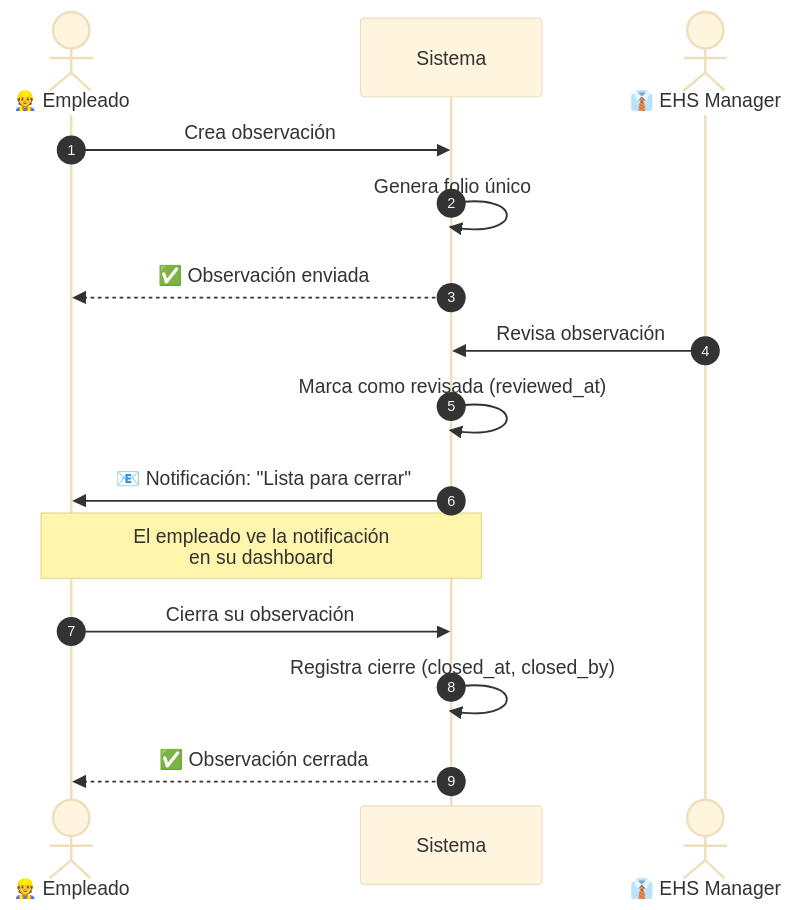
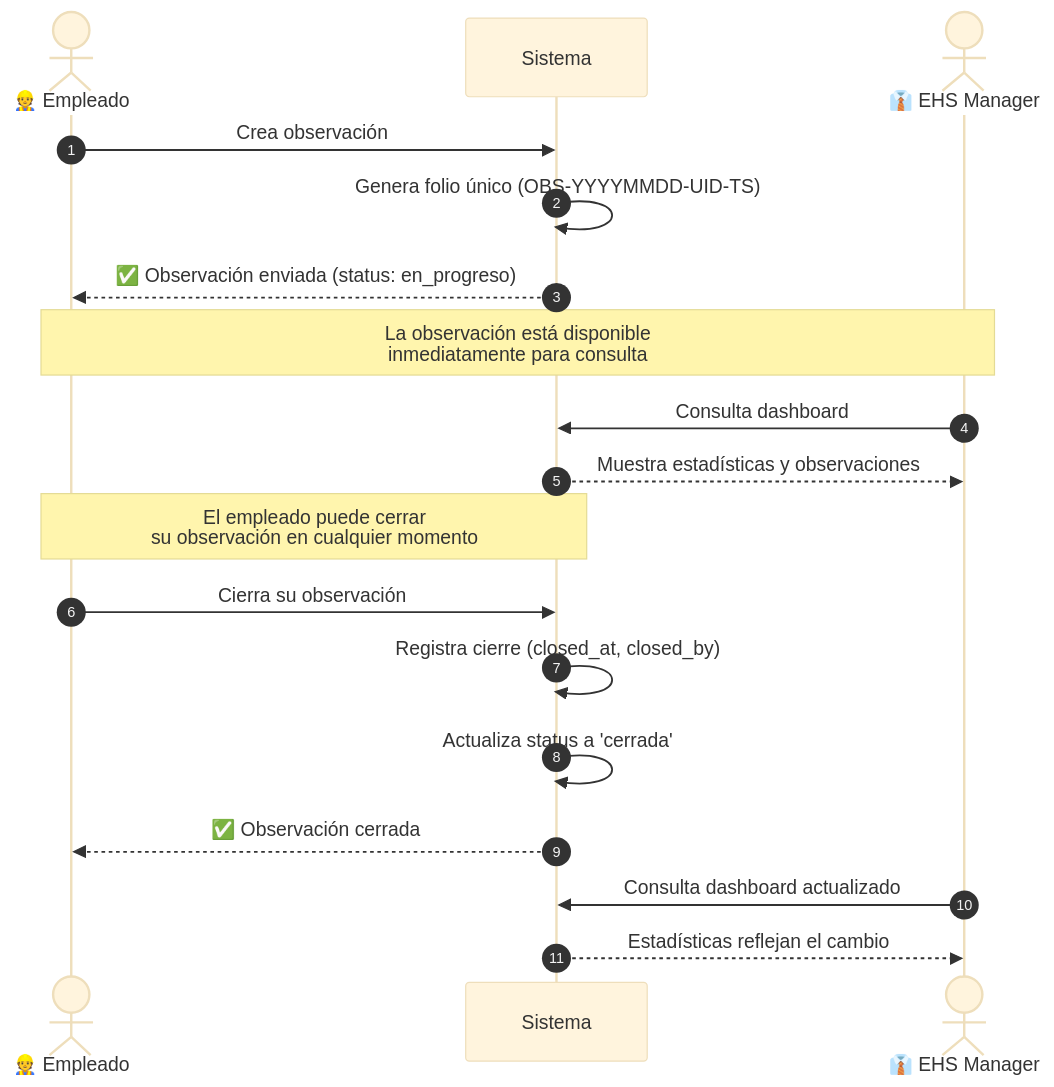
The third of 9 diagrams in README.md (ErwinPlaza064/app-safety-observation), drawn with Mermaid (base theme) before and after one commit. The commit also changed other lines of this file and 10 other files, not shown here.

````diff
--- a/README.md
+++ b/README.md
@@ -131,21 +127,26 @@
 ```mermaid
 sequenceDiagram
     autonumber
     actor E as 👷 Empleado
     participant S as Sistema
     actor M as 👔 EHS Manager
 
     E->>S: Crea observación
-    S->>S: Genera folio único
-    S-->>E: ✅ Observación enviada
+    S->>S: Genera folio único (OBS-YYYYMMDD-UID-TS)
+    S-->>E: ✅ Observación enviada (status: en_progreso)
 
-    M->>S: Revisa observación
-    S->>S: Marca como revisada (reviewed_at)
-    S->>E: 📧 Notificación: "Lista para cerrar"
+    Note over E,M: La observación está disponible<br/>inmediatamente para consulta
 
-    Note over E,S: El empleado ve la notificación<br/>en su dashboard
+    M->>S: Consulta dashboard
+    S-->>M: Muestra estadísticas y observaciones
+
+    Note over E,S: El empleado puede cerrar<br/>su observación en cualquier momento
 
     E->>S: Cierra su observación
     S->>S: Registra cierre (closed_at, closed_by)
+    S->>S: Actualiza status a 'cerrada'
     S-->>E: ✅ Observación cerrada
+
+    M->>S: Consulta dashboard actualizado
+    S-->>M: Estadísticas reflejan el cambio
 ```
````
